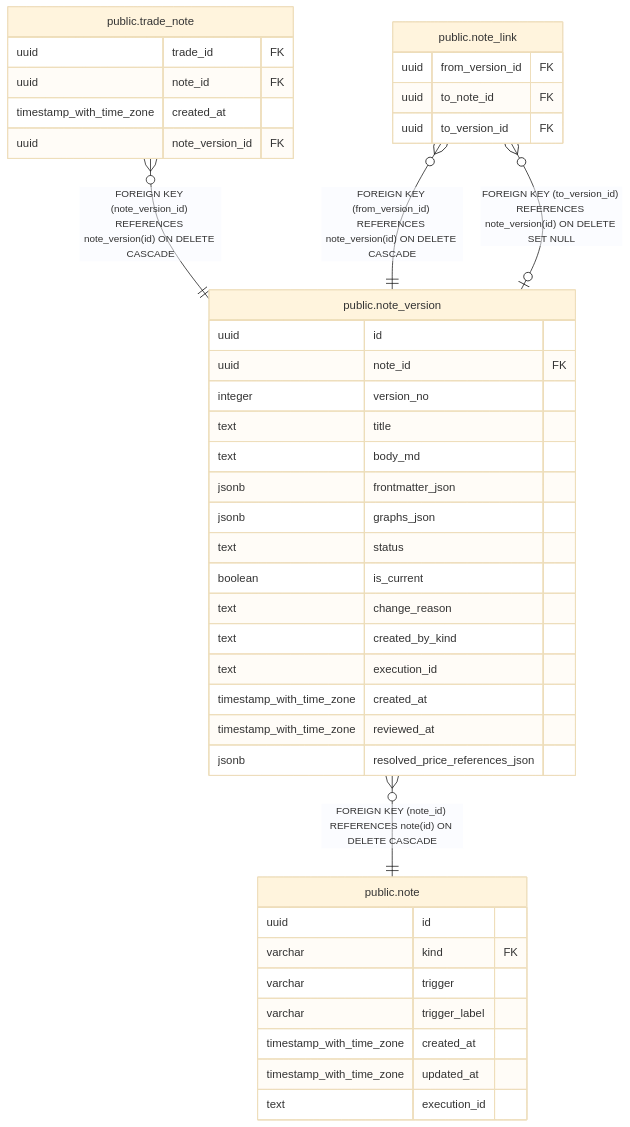
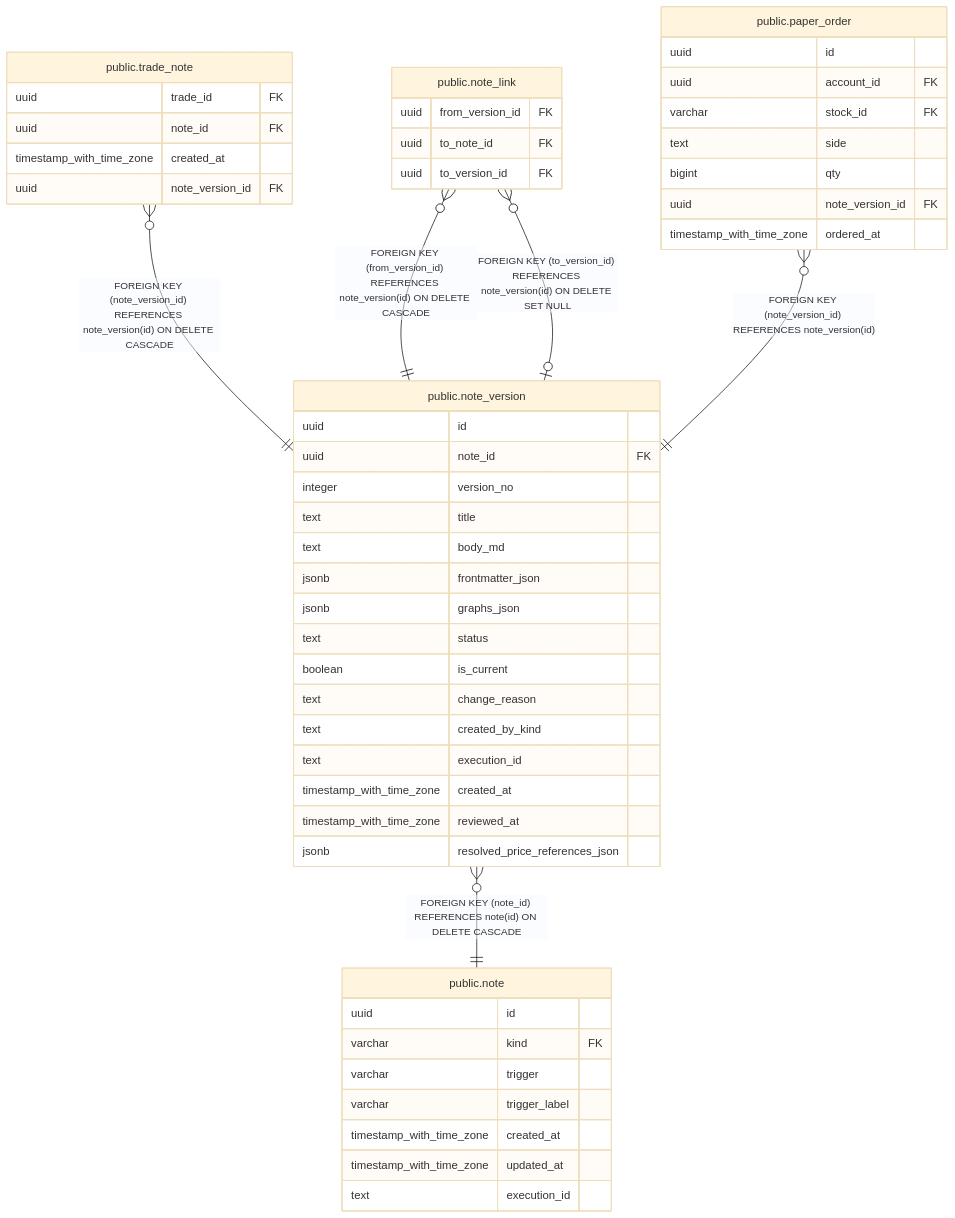
The diagram in backend/docs/db/public.note_version.md (fohte/t-rader), drawn with Mermaid (base theme) before and after one commit. The commit also changed other lines of this file and 39 other files, not shown here.

````diff
--- a/backend/docs/db/public.note_version.md
+++ b/backend/docs/db/public.note_version.md
@@ -46,46 +46,56 @@
 ```mermaid
 erDiagram
 
 "public.trade_note" }o--|| "public.note_version" : "FOREIGN KEY (note_version_id) REFERENCES note_version(id) ON DELETE CASCADE"
 "public.note_link" }o--|| "public.note_version" : "FOREIGN KEY (from_version_id) REFERENCES note_version(id) ON DELETE CASCADE"
 "public.note_link" }o--o| "public.note_version" : "FOREIGN KEY (to_version_id) REFERENCES note_version(id) ON DELETE SET NULL"
+"public.paper_order" }o--|| "public.note_version" : "FOREIGN KEY (note_version_id) REFERENCES note_version(id)"
 "public.note_version" }o--|| "public.note" : "FOREIGN KEY (note_id) REFERENCES note(id) ON DELETE CASCADE"
 
 "public.note_version" {
   uuid id
   uuid note_id FK
   integer version_no
   text title
   text body_md
   jsonb frontmatter_json
   jsonb graphs_json
   text status
   boolean is_current
   text change_reason
   text created_by_kind
   text execution_id
   timestamp_with_time_zone created_at
   timestamp_with_time_zone reviewed_at
   jsonb resolved_price_references_json
 }
 "public.trade_note" {
   uuid trade_id FK
   uuid note_id FK
   timestamp_with_time_zone created_at
   uuid note_version_id FK
 }
 "public.note_link" {
   uuid from_version_id FK
   uuid to_note_id FK
   uuid to_version_id FK
 }
+"public.paper_order" {
+  uuid id
+  uuid account_id FK
+  varchar stock_id FK
+  text side
+  bigint qty
+  uuid note_version_id FK
+  timestamp_with_time_zone ordered_at
+}
 "public.note" {
   uuid id
   varchar kind FK
   varchar trigger
   varchar trigger_label
   timestamp_with_time_zone created_at
   timestamp_with_time_zone updated_at
   text execution_id
 }
 ```
````
